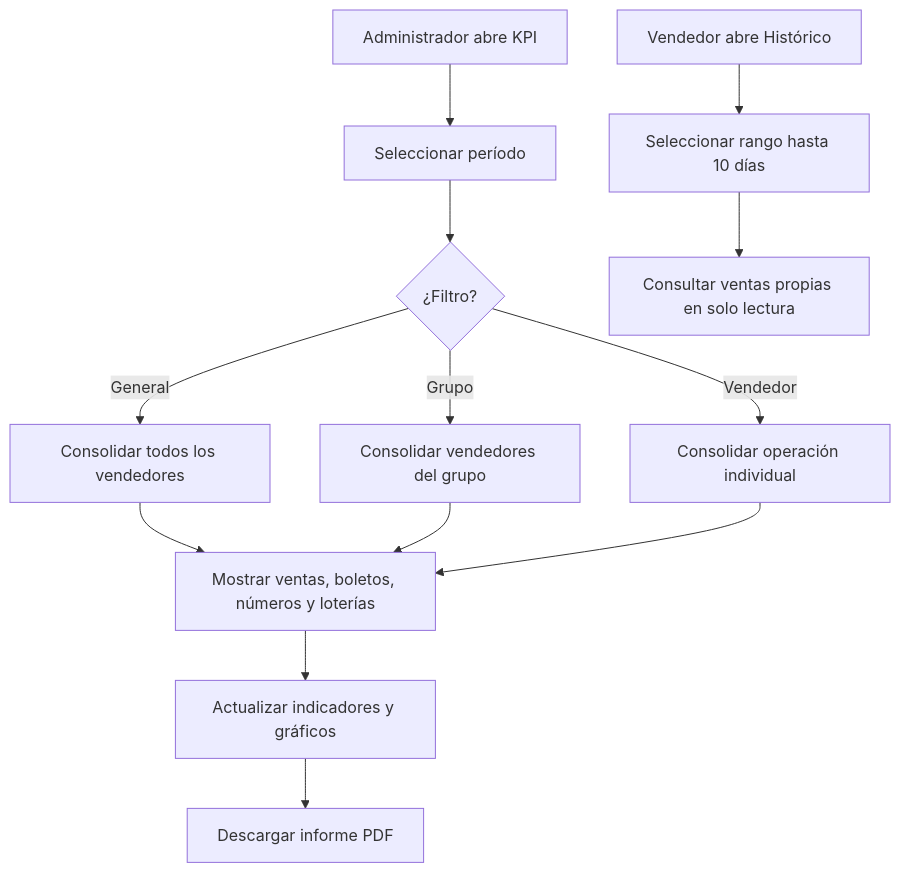
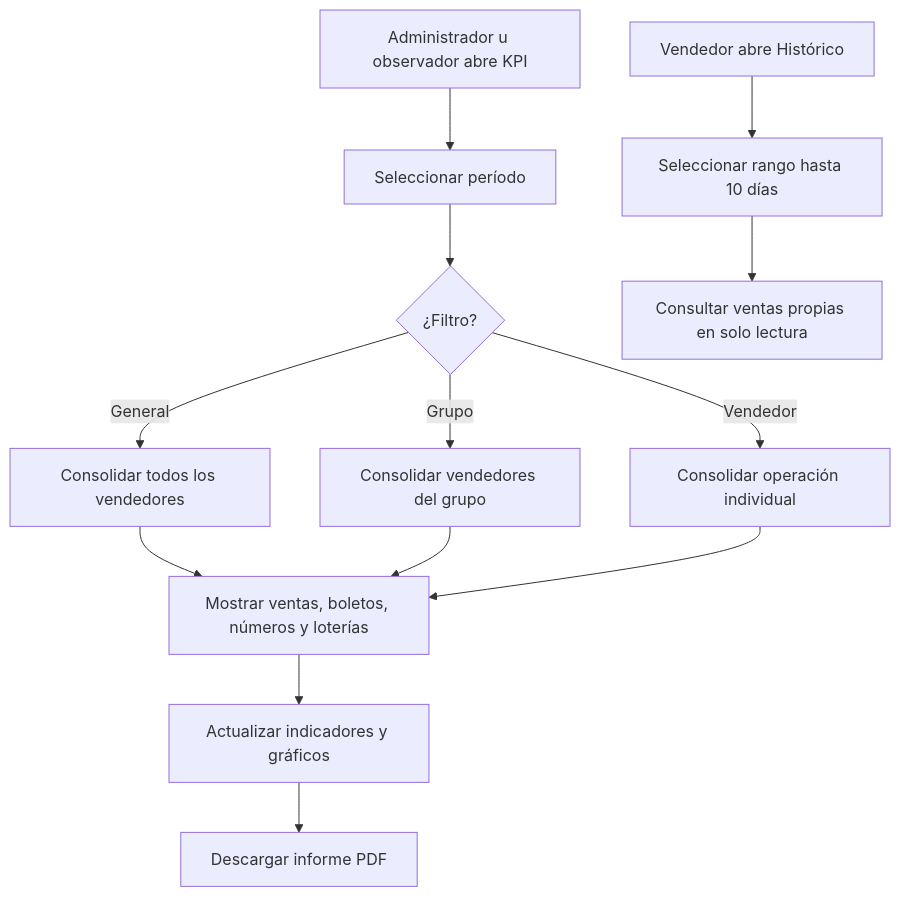
Diagram 21 of 21 in documentos/diagrama.md (alejoortiz18/apuestasMarcelaAndres), drawn with Mermaid before and after one commit. The commit also changed 115 other files, not shown here.

````diff
--- a/documentos/diagrama.md
+++ b/documentos/diagrama.md
@@ -452,16 +452,16 @@
 ```mermaid
 flowchart TD
-    A[Administrador abre KPI] --> B[Seleccionar período]
+    A[Administrador u observador abre KPI] --> B[Seleccionar período]
     B --> C{¿Filtro?}
     C -->|General| D[Consolidar todos los vendedores]
     C -->|Grupo| E[Consolidar vendedores del grupo]
     C -->|Vendedor| F[Consolidar operación individual]
     D --> G[Mostrar ventas, boletos, números y loterías]
     E --> G
     F --> G
     G --> H[Actualizar indicadores y gráficos]
     H --> I[Descargar informe PDF]
 
     J[Vendedor abre Histórico] --> K[Seleccionar rango hasta 10 días]
     K --> L[Consultar ventas propias en solo lectura]
 ```
````
